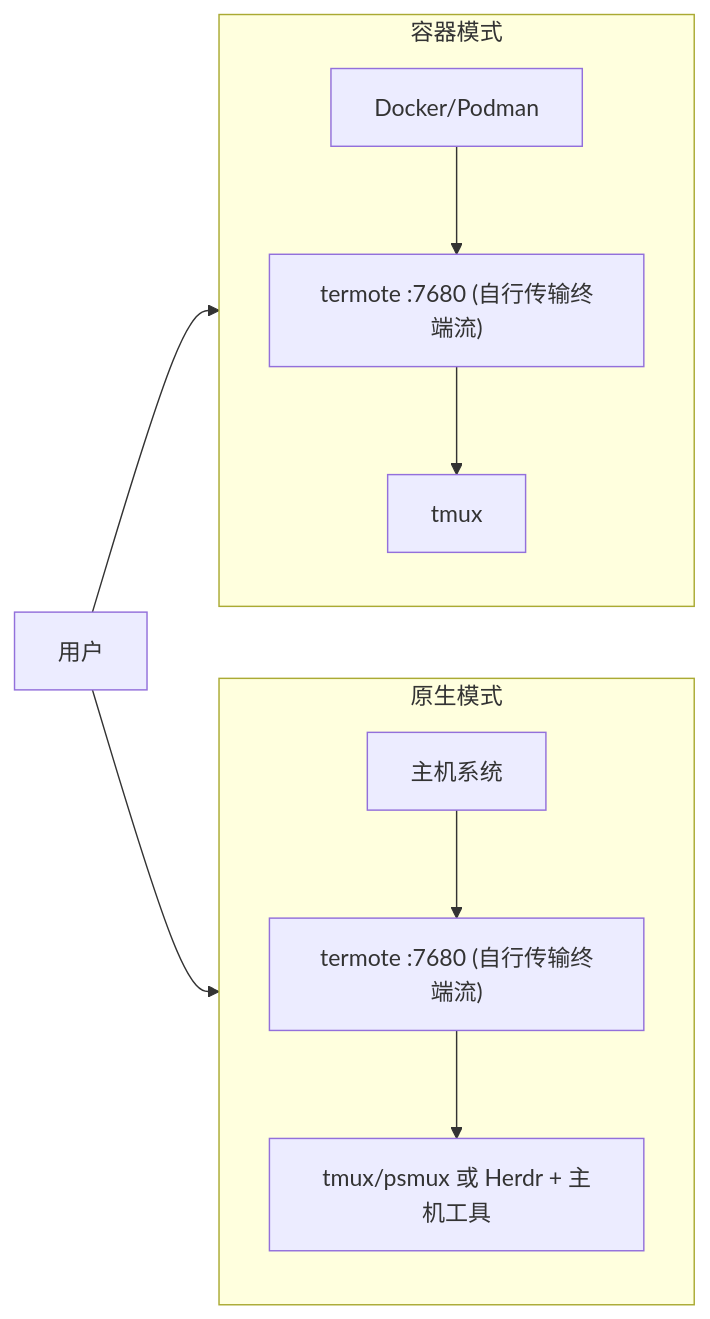
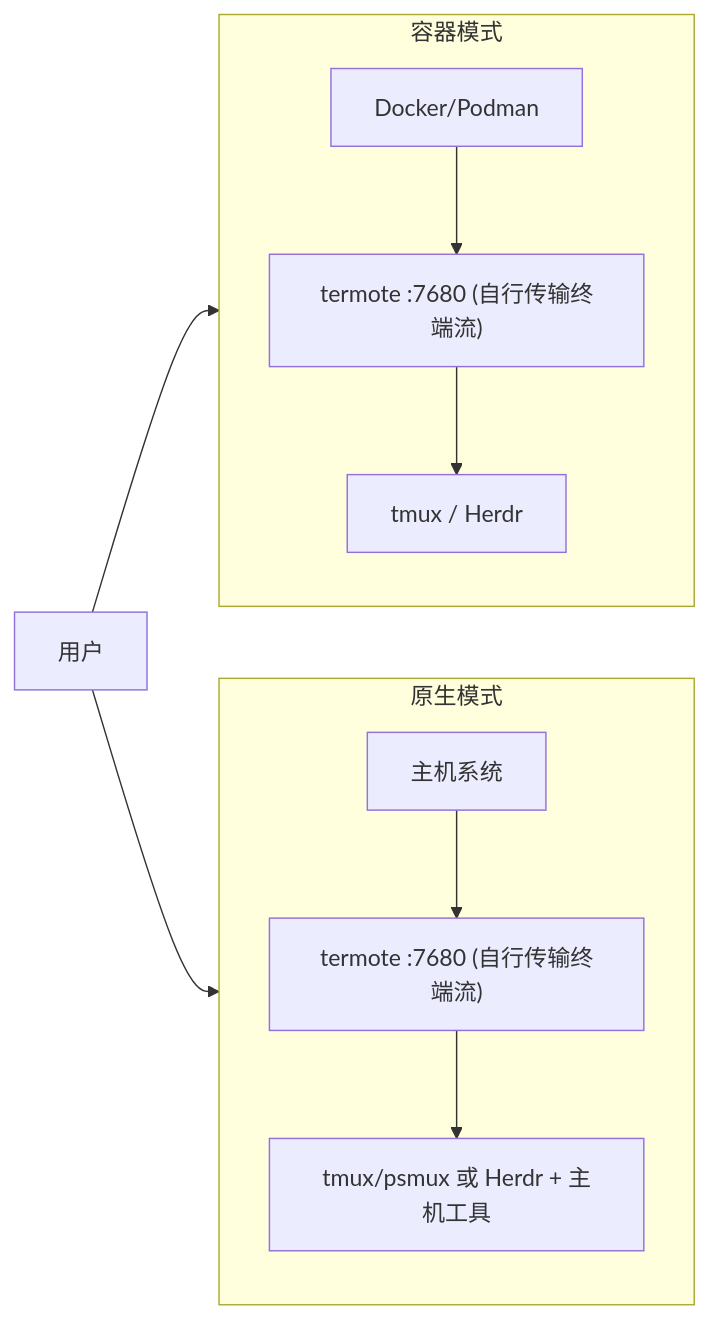
One commit to lamngockhuong/termote changed the second of 2 diagrams in README.zh-CN.md. Above: the diagram before and after it, drawn with Mermaid. The commit also changed other lines of this file and 36 other files, not shown here.

````diff
--- a/README.zh-CN.md
+++ b/README.zh-CN.md
@@ -215,14 +215,14 @@
 ```mermaid
 flowchart LR
     subgraph Container["容器模式"]
         direction TB
-        C1["Docker/Podman"] --> C2["termote :7680 (自行传输终端流)"] --> C3["tmux"]
+        C1["Docker/Podman"] --> C2["termote :7680 (自行传输终端流)"] --> C3["tmux / Herdr"]
     end
 
     subgraph Native["原生模式"]
         direction TB
         N1["主机系统"] --> N2["termote :7680 (自行传输终端流)"] --> N3["tmux/psmux 或 Herdr + 主机工具"]
     end
 
     User["用户"] --> Container & Native
 ```
````
